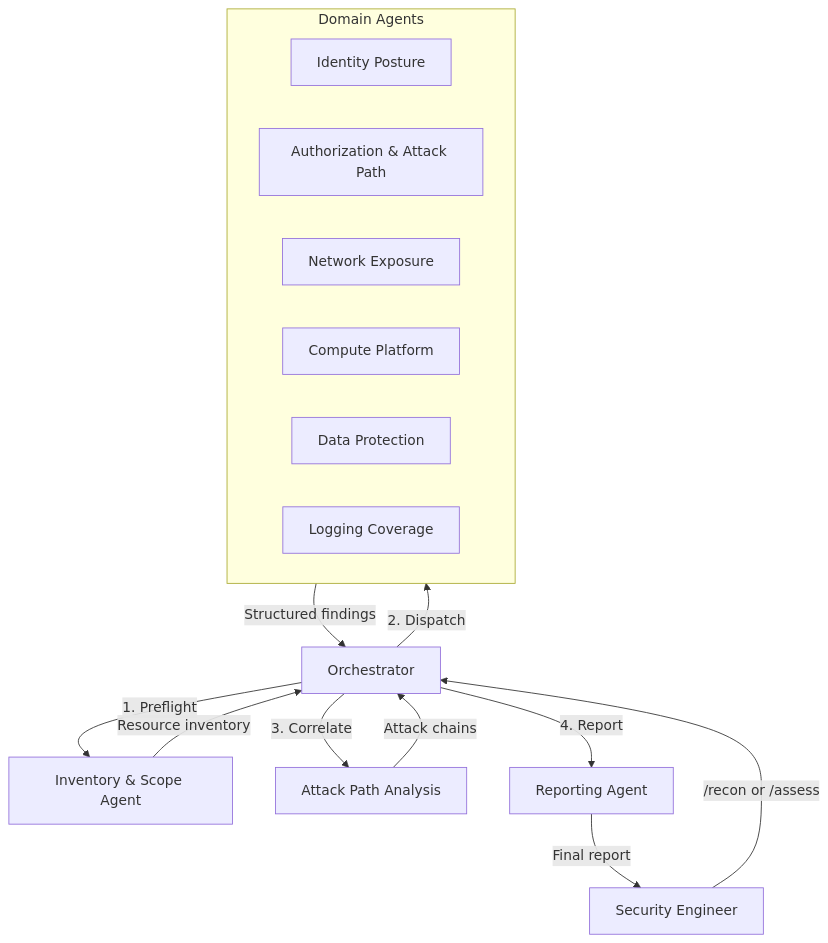
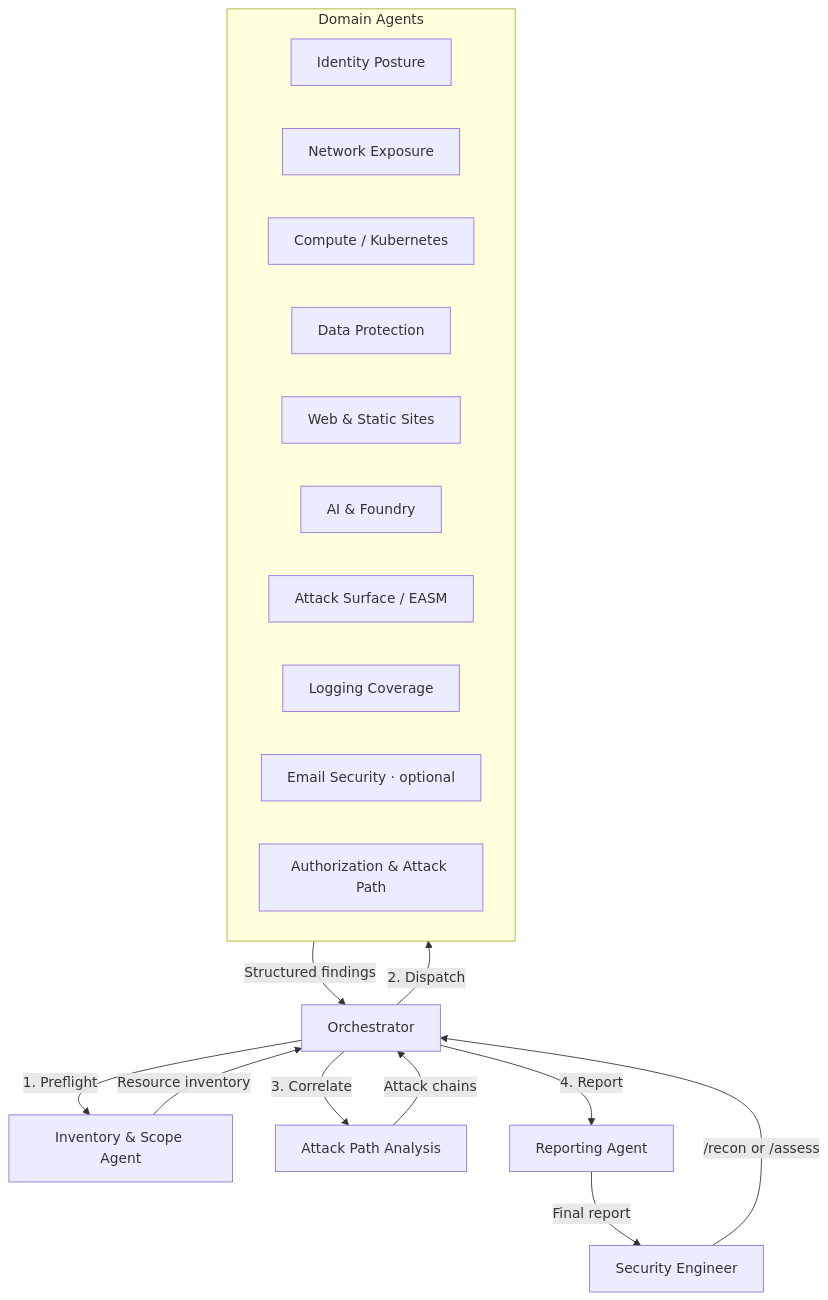
The diagram in README.md (Contoso-State/red-team-agent-orchestration), drawn with Mermaid before and after one commit. The commit also changed other lines of this file and 29 other files, not shown here.

First line of the commit message:
Add AI/Foundry, Web/Static, EASM & Email red team domains

````diff
--- a/README.md
+++ b/README.md
@@ -41,22 +41,26 @@
 ```mermaid
 graph TD
     User[Security Engineer] -->|/recon or /assess| Orchestrator
     Orchestrator -->|1. Preflight| Preflight[Inventory & Scope Agent]
     Preflight -->|Resource inventory| Orchestrator
     Orchestrator -->|2. Dispatch| Agents
 
     subgraph Agents[Domain Agents]
         ID[Identity Posture]
+        NET[Network Exposure]
+        COMP[Compute / Kubernetes]
+        DATA[Data Protection]
+        WEB[Web & Static Sites]
+        AI[AI & Foundry]
+        EASM[Attack Surface / EASM]
+        LOG[Logging Coverage]
+        MAIL[Email Security · optional]
         AUTH[Authorization & Attack Path]
-        NET[Network Exposure]
-        COMP[Compute Platform]
-        DATA[Data Protection]
-        LOG[Logging Coverage]
     end
 
     Agents -->|Structured findings| Orchestrator
     Orchestrator -->|3. Correlate| APA[Attack Path Analysis]
     APA -->|Attack chains| Orchestrator
     Orchestrator -->|4. Report| Reporter[Reporting Agent]
     Reporter -->|Final report| User
 ```
````
